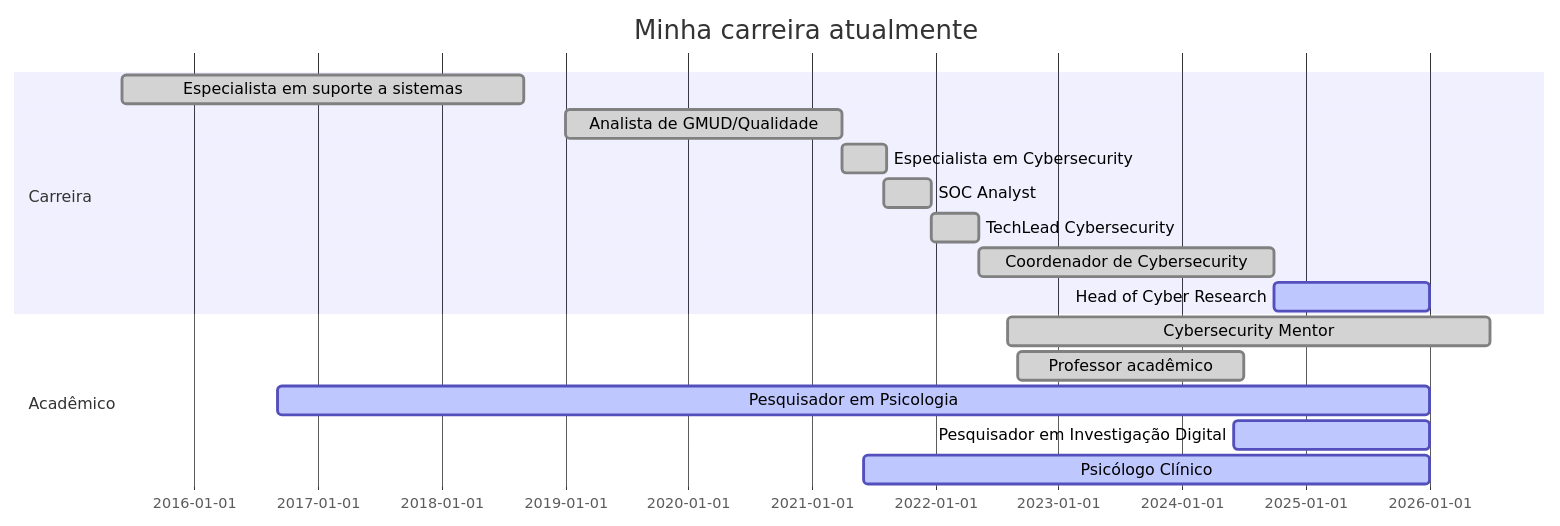
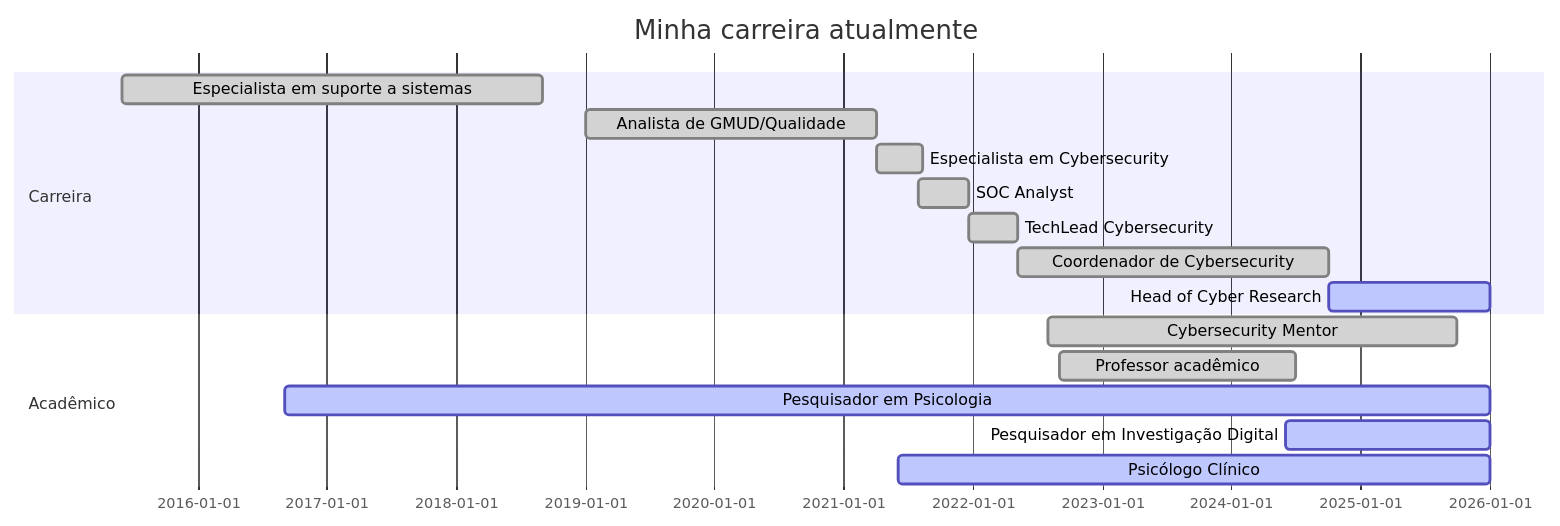
The diagram in README.md (Ridd1kulusC0d3r/Ridd1kulusC0d3r), drawn with Mermaid before and after one commit.

````diff
--- a/README.md
+++ b/README.md
@@ -33,22 +33,22 @@
 ```mermaid
 
 gantt
 dateFormat  YYYY-MM-DD
 title Minha carreira atualmente
 
 section Carreira
 Especialista em suporte a sistemas       :done,    2015-06-01,2018-09-01
 Analista de GMUD/Qualidade               :done,    2019-01-01,2021-04-01
 Especialista em Cybersecurity            :done,    2021-04-01,2021-08-10
 SOC Analyst                              :done,    2021-08-01,2021-12-20
 TechLead Cybersecurity                   :done,    2021-12-20,2022-05-08
 Coordenador de Cybersecurity             :done,    2022-05-08,2024-10-01
 Head of Cyber Research                   :active,  2024-10-01,2026-01-01
 
 section Acadêmico
-Cybersecurity Mentor                     :done,    2022-08-01,2026-06-30
+Cybersecurity Mentor                     :done,    2022-08-01,2025-09-30
 Professor acadêmico                      :done,    2022-09-01,2024-06-30
 Pesquisador em Psicologia                :active,  2016-09-01,2026-01-01
 Pesquisador em Investigação Digital      :active,  2024-06-01,2026-01-01
 Psicólogo Clínico                        :active,  2021-06-01,2026-01-01
 ```
````
